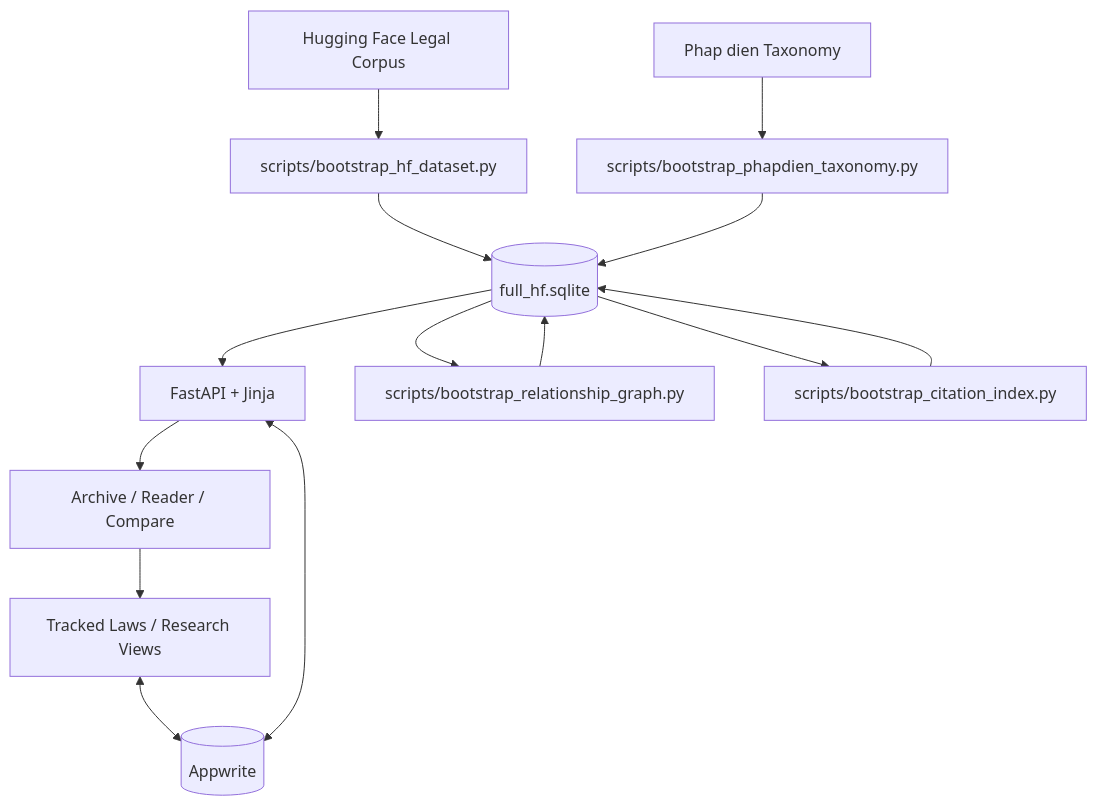
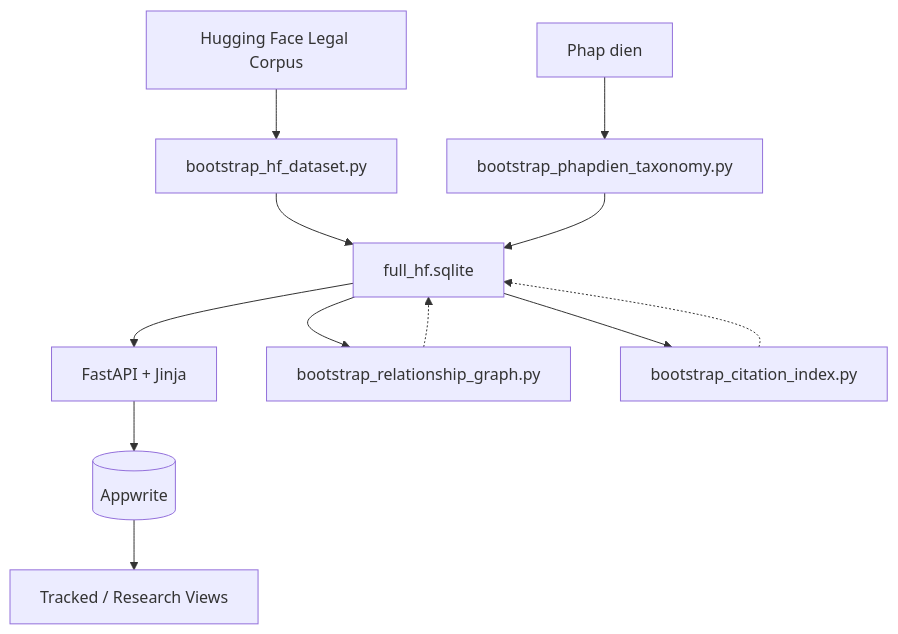
Before and after one commit to Kohnnn/V-Legal: the second of 2 diagrams in README.md, drawn with Mermaid. The commit also changed other lines of this file and 5 other files, not shown here.

Commit message:
feat: implement legal document parser, citation preview logic, and portal-style UI redesign

````diff
--- a/README.md
+++ b/README.md
@@ -52,20 +47,14 @@
 ```mermaid
 flowchart TD
-    HF[Hugging Face Legal Corpus] --> INGEST[scripts/bootstrap_hf_dataset.py]
-    INGEST --> SQLITE[(full_hf.sqlite)]
-
-    PHAPDIEN[Phap dien Taxonomy] --> TAXONOMY[scripts/bootstrap_phapdien_taxonomy.py]
-    TAXONOMY --> SQLITE
-
+    HF[Hugging Face Legal Corpus] --> INGEST[bootstrap_hf_dataset.py]
+    INGEST --> SQLITE[full_hf.sqlite]
+    PHAPDIEN[Phap dien] --> TAX[bootstrap_phapdien_taxonomy.py]
+    TAX --> SQLITE
     SQLITE --> API[FastAPI + Jinja]
-    API --> READER[Archive / Reader / Compare]
-
-    SQLITE --> REL[scripts/bootstrap_relationship_graph.py]
-    SQLITE --> CIT[scripts/bootstrap_citation_index.py]
-    REL --> SQLITE
-    CIT --> SQLITE
-
-    APPWRITE[(Appwrite)] <--> API
-    READER --> USER[Tracked Laws / Research Views]
-    USER <--> APPWRITE
+    API --> APPWRITE[(Appwrite)]
+    APPWRITE --> USER[Tracked / Research Views]
+    SQLITE --> REL[bootstrap_relationship_graph.py]
+    SQLITE --> CIT[bootstrap_citation_index.py]
+    REL -.-> SQLITE
+    CIT -.-> SQLITE
 ```
````
